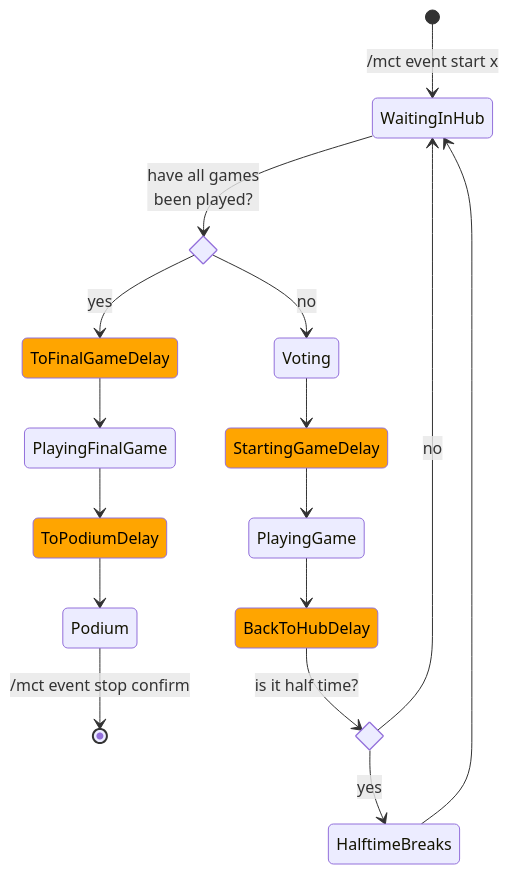
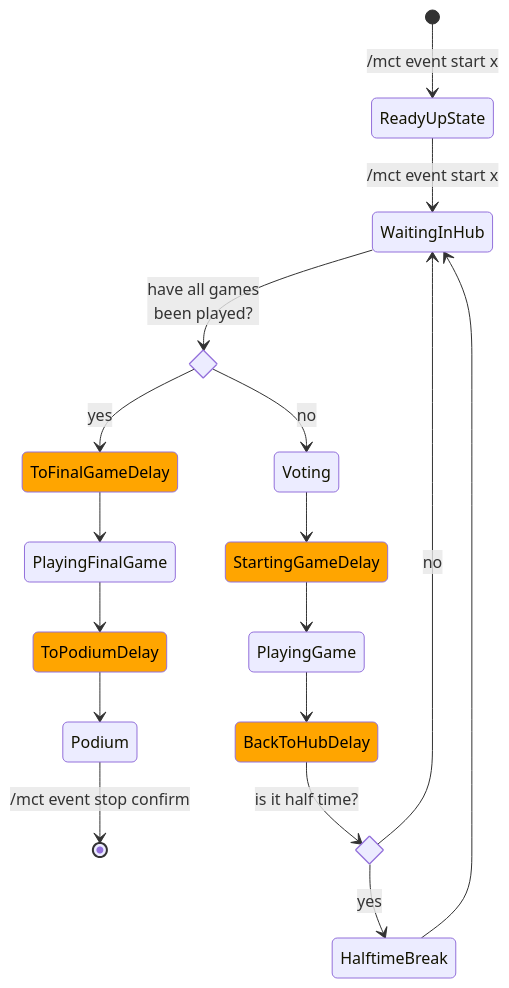
The diagram in docs/event-manager-flow.md (Braekpo1nt/MCTManager), drawn with Mermaid before and after one commit. The commit also changed 5 other files, not shown here.

````diff
--- a/docs/event-manager-flow.md
+++ b/docs/event-manager-flow.md
@@ -1,26 +1,27 @@
 ```mermaid
 stateDiagram
 direction TB
 classDef delay fill:orange,color:black
 
-[*] --> WaitingInHub: /mct event start x
+[*] --> ReadyUpState: /mct event start x
+ReadyUpState --> WaitingInHub: /mct event start x
 state games_left <<choice>>
 WaitingInHub --> games_left: have all games<br>been played?
 games_left --> ToFinalGameDelay: yes
 ToFinalGameDelay --> PlayingFinalGame
 PlayingFinalGame --> ToPodiumDelay
 ToPodiumDelay --> Podium
 Podium --> [*]: /mct event stop confirm
 
 games_left --> Voting: no
 Voting --> StartingGameDelay
 StartingGameDelay --> PlayingGame
 PlayingGame --> BackToHubDelay
 state half_time <<choice>>
 BackToHubDelay --> half_time: is it half time?
-half_time --> HalftimeBreaks: yes
+half_time --> HalftimeBreak: yes
 half_time --> WaitingInHub: no
-HalftimeBreaks --> WaitingInHub
+HalftimeBreak --> WaitingInHub
 
 class ToFinalGameDelay, ToPodiumDelay, StartingGameDelay, BackToHubDelay delay
 ```
````
